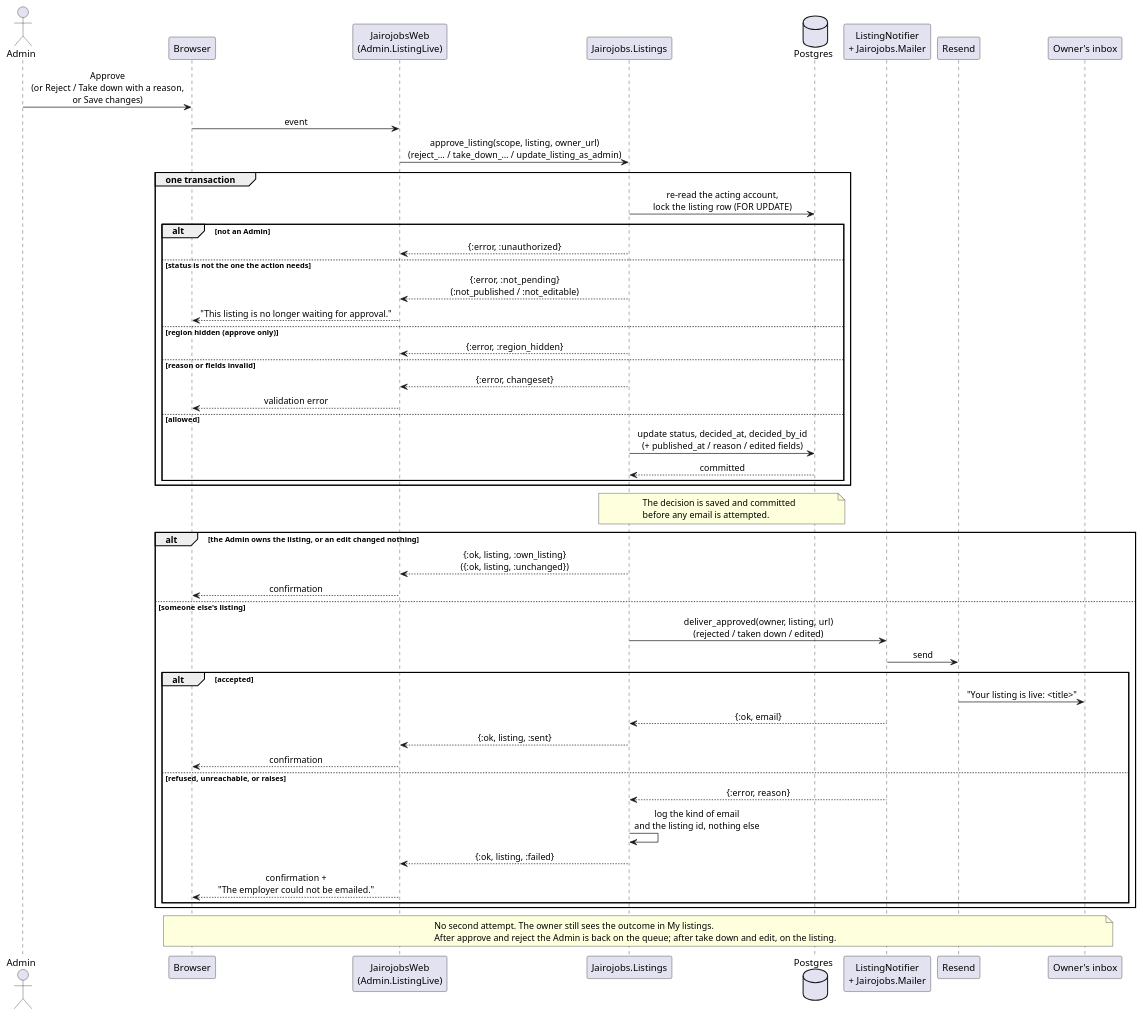
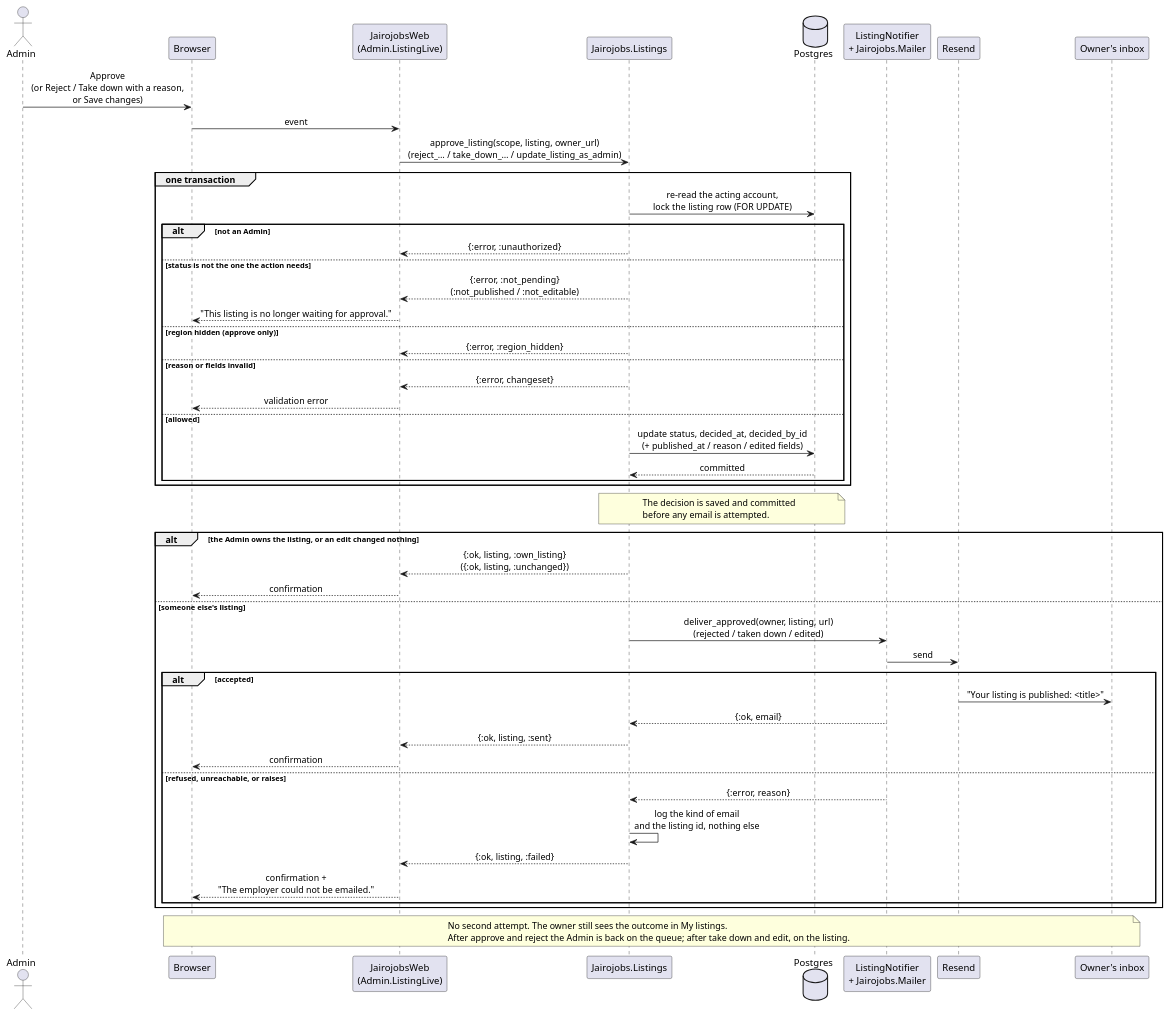
The diagram in docs/specs/004-listings-admin-moderation/diagrams/sequence-decision-email.puml (raseniero/jairojobs-elixir), drawn with PlantUML before and after one commit. The commit also changed 38 other files, not shown here.

Commit message:
refactor(listings): the Published status is called "Published" on screens, in email and in the Admin list's address, no longer "Live" (REQ-003-9, REQ-003-10, REQ-004-3, REQ-004-7, REQ-004-9)

```diff
--- a/docs/specs/004-listings-admin-moderation/diagrams/sequence-decision-email.puml
+++ b/docs/specs/004-listings-admin-moderation/diagrams/sequence-decision-email.puml
@@ -1,65 +1,65 @@
 @startuml sequence-decision-email
 ' Spec 004 — an Admin decision and the email to the listing's owner (REQ-004-5..9).
 ' Parties: Admin's browser, JairojobsWeb (Admin listing LiveView), Jairojobs.Listings, Postgres,
 ' Mailer (Resend in production), the owner's inbox.
 
 skinparam sequenceMessageAlign center
 skinparam responseMessageBelowArrow true
 
 actor Admin
 participant "Browser" as B
 participant "JairojobsWeb\n(Admin.ListingLive)" as W
 participant "Jairojobs.Listings" as L
 database "Postgres" as DB
 participant "ListingNotifier\n+ Jairojobs.Mailer" as M
 participant "Resend" as R
 participant "Owner's inbox" as IN
 
 Admin -> B : Approve\n(or Reject / Take down with a reason,\nor Save changes)
 B -> W : event
 W -> L : approve_listing(scope, listing, owner_url)\n(reject_… / take_down_… / update_listing_as_admin)
 
 group one transaction
   L -> DB : re-read the acting account,\nlock the listing row (FOR UPDATE)
   alt not an Admin
     L --> W : {:error, :unauthorized}
   else status is not the one the action needs
     L --> W : {:error, :not_pending}\n(:not_published / :not_editable)
     W --> B : "This listing is no longer waiting for approval."
   else region hidden (approve only)
     L --> W : {:error, :region_hidden}
   else reason or fields invalid
     L --> W : {:error, changeset}
     W --> B : validation error
   else allowed
     L -> DB : update status, decided_at, decided_by_id\n(+ published_at / reason / edited fields)
     DB --> L : committed
   end
 end
 
 note over L, DB : The decision is saved and committed\nbefore any email is attempted.
 
 alt the Admin owns the listing, or an edit changed nothing
   L --> W : {:ok, listing, :own_listing}\n({:ok, listing, :unchanged})
   W --> B : confirmation
 else someone else's listing
   L -> M : deliver_approved(owner, listing, url)\n(rejected / taken down / edited)
   M -> R : send
   alt accepted
-    R -> IN : "Your listing is live: <title>"
+    R -> IN : "Your listing is published: <title>"
     M --> L : {:ok, email}
     L --> W : {:ok, listing, :sent}
     W --> B : confirmation
   else refused, unreachable, or raises
     M --> L : {:error, reason}
     L -> L : log the kind of email\nand the listing id, nothing else
     L --> W : {:ok, listing, :failed}
     W --> B : confirmation +\n"The employer could not be emailed."
   end
 end
 
 note over B, IN
   No second attempt. The owner still sees the outcome in My listings.
   After approve and reject the Admin is back on the queue; after take down and edit, on the listing.
 end note
 @enduml
```
